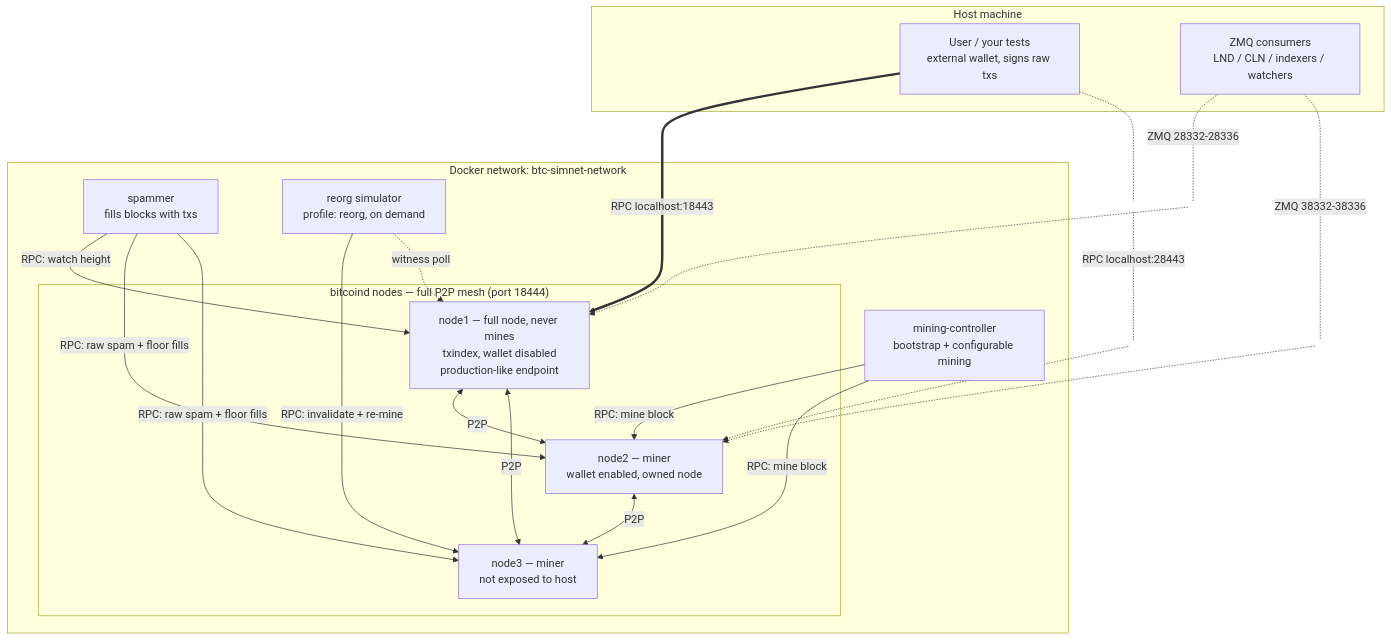
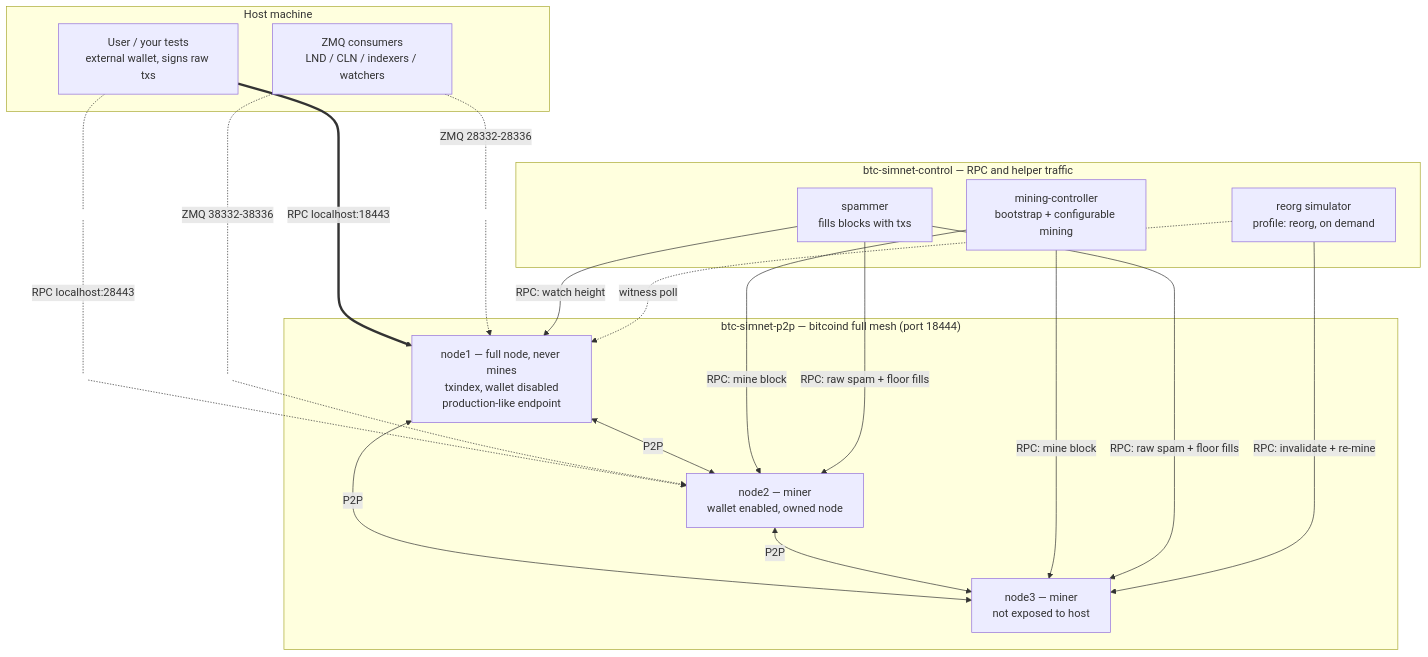
The first of 2 diagrams in README.md (danielemiliogarcia/simchain), drawn with Mermaid before and after one commit. The commit also changed other lines of this file and 11 other files, not shown here.

````diff
--- a/README.md
+++ b/README.md
@@ -25,50 +26,51 @@
 ```mermaid
 flowchart TB
     subgraph host["Host machine"]
         user["User / your tests<br/>external wallet, signs raw txs"]
         zmqc["ZMQ consumers<br/>LND / CLN / indexers / watchers"]
     end
 
-    subgraph net["Docker network: btc-simnet-network"]
-        subgraph mesh["bitcoind nodes — full P2P mesh (port 18444)"]
-            n1["node1 — full node, never mines<br/>txindex, wallet disabled<br/>production-like endpoint"]
-            n2["node2 — miner<br/>wallet enabled, owned node"]
-            n3["node3 — miner<br/>not exposed to host"]
-        end
+    subgraph mesh["btc-simnet-p2p — bitcoind full mesh (port 18444)"]
+        n1["node1 — full node, never mines<br/>txindex, wallet disabled<br/>production-like endpoint"]
+        n2["node2 — miner<br/>wallet enabled, owned node"]
+        n3["node3 — miner<br/>not exposed to host"]
+    end
+
+    subgraph control["btc-simnet-control — RPC and helper traffic"]
         mc["mining-controller<br/>bootstrap + configurable mining"]
         sp["spammer<br/>fills blocks with txs"]
         rg["reorg simulator<br/>profile: reorg, on demand"]
     end
 
     %% Invisible waypoints pull the host arrows apart so each port label
     %% sits near the host boxes in open space instead of tangling with the
     %% other arrows.
     zmq1(( )):::waypoint
     rpc2a(( )):::waypoint
     rpc2(( )):::waypoint
     zmq2(( )):::waypoint
 
     user ==>|"RPC localhost:18443"| n1
     zmqc -.-|"ZMQ 28332-28336"| zmq1
     zmq1 -.-> n1
 
     user -.- rpc2a
     rpc2a -.-|"RPC localhost:28443"| rpc2
     rpc2 -.-> n2
     zmqc -.-|"ZMQ 38332-38336"| zmq2
     zmq2 -.-> n2
 
     n1 <-->|P2P| n2
     n1 <-->|P2P| n3
     n2 <-->|P2P| n3
 
     mc -->|"RPC: mine block"| n2
     mc -->|"RPC: mine block"| n3
     sp -->|"RPC: watch height"| n1
     sp -->|"RPC: raw spam + floor fills"| n2
     sp -->|"RPC: raw spam + floor fills"| n3
     rg -->|"RPC: invalidate + re-mine"| n3
     rg -.->|"witness poll"| n1
 
     classDef waypoint width:0px,height:0px,fill:none,stroke:none
 ```
````
